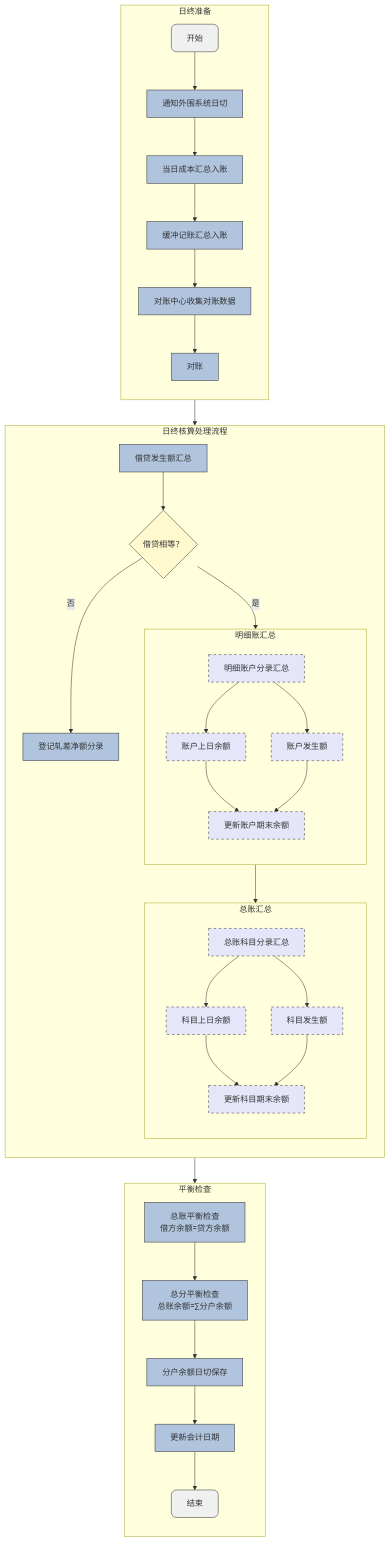
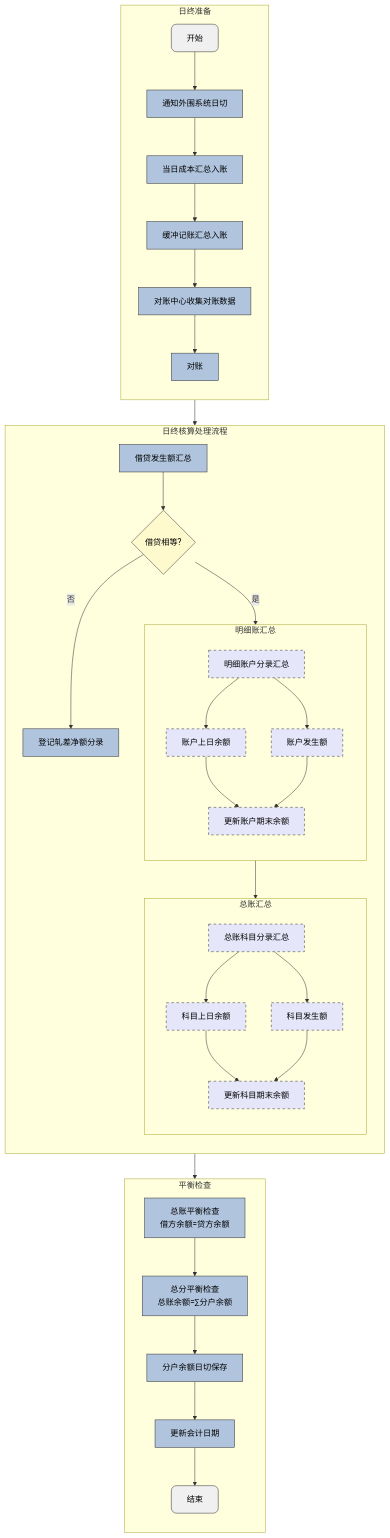
The diagram in docs/design/flowchart/end_of_day_process.mmd (KayCheung/accounting), drawn with Mermaid before and after one commit. The commit also changed 8 other files, not shown here.

```diff
--- a/docs/design/flowchart/end_of_day_process.mmd
+++ b/docs/design/flowchart/end_of_day_process.mmd
@@ -1,83 +1,83 @@
 %% 日终核算处理流程
 
 
 flowchart TB
     %% 样式定义
-    classDef startend fill:#f0f0f0,stroke:#333,stroke-width:1px,rx:10
-    classDef process fill:#b0c4de,stroke:#333,stroke-width:1px
-    classDef decision fill:#fffacd,stroke:#333,stroke-width:1px
-    classDef subproc fill:#e6e6fa,stroke:#333,stroke-width:1px,stroke-dasharray:5 5
+    classDef startend fill:#f0f0f0,stroke:#333,stroke-width:1px,rx:10,color:black
+    classDef process fill:#b0c4de,stroke:#333,stroke-width:1px,color:black
+    classDef decision fill:#fffacd,stroke:#333,stroke-width:1px,color:black
+    classDef subproc fill:#e6e6fa,stroke:#333,stroke-width:1px,stroke-dasharray:5 5,color:black
 
     %% 日终准备
     subgraph 日终准备
         direction TB
         START[开始]:::startend
         NOTIFY[通知外围系统日切]:::process
         COST_ENTRY[当日成本汇总入账]:::process
         BUFFER_ENTRY[缓冲记账汇总入账]:::process
         RECON_DATA[对账中心收集对账数据]:::process
         RECON[对账]:::process
     end
 
     %% 日终核算处理流程
     subgraph 日终核算处理流程
         direction TB
         DR_CR_SUM[借贷发生额汇总]:::process
-        DECISION_DR_CR{借贷相等？}:::decision
+        DECISION_DR_CR{借贷相等?}:::decision
         ADJ_ENTRY[登记轧差净额分录]:::process
         
         subgraph 明细账汇总
             direction TB
             DETAIL_ENTRY_SUM[明细账户分录汇总]:::subproc
             DETAIL_PREV_BAL[账户上日余额]:::subproc
             DETAIL_CURR_AMT[账户发生额]:::subproc
             DETAIL_UPDATE[更新账户期末余额]:::subproc
         end
         
         subgraph 总账汇总
             direction TB
             GL_ENTRY_SUM[总账科目分录汇总]:::subproc
             GL_PREV_BAL[科目上日余额]:::subproc
             GL_CURR_AMT[科目发生额]:::subproc
             GL_UPDATE[更新科目期末余额]:::subproc
         end
     end
 
     %% 平衡检查
     subgraph 平衡检查
         direction TB
         GL_BAL_CHECK[总账平衡检查<br/>借方余额=贷方余额]:::process
         DETAIL_GL_BAL_CHECK[总分平衡检查<br/>总账余额=∑分户余额]:::process
         SUB_BAL_SAVE[分户余额日切保存]:::process
         UPDATE_ACCT_DATE[更新会计日期]:::process
         END[结束]:::startend
     end
 
     %% 流程连线
     START --> NOTIFY
     NOTIFY --> COST_ENTRY
     COST_ENTRY --> BUFFER_ENTRY
     BUFFER_ENTRY --> RECON_DATA
     RECON_DATA --> RECON
     RECON --> DR_CR_SUM
 
     DR_CR_SUM --> DECISION_DR_CR
     DECISION_DR_CR -->|否| ADJ_ENTRY
     DECISION_DR_CR -->|是| DETAIL_ENTRY_SUM
 
     DETAIL_ENTRY_SUM --> DETAIL_PREV_BAL
     DETAIL_ENTRY_SUM --> DETAIL_CURR_AMT
     DETAIL_PREV_BAL --> DETAIL_UPDATE
     DETAIL_CURR_AMT --> DETAIL_UPDATE
 
     DETAIL_UPDATE --> GL_ENTRY_SUM
     GL_ENTRY_SUM --> GL_PREV_BAL
     GL_ENTRY_SUM --> GL_CURR_AMT
     GL_PREV_BAL --> GL_UPDATE
     GL_CURR_AMT --> GL_UPDATE
 
     GL_UPDATE --> GL_BAL_CHECK
     GL_BAL_CHECK --> DETAIL_GL_BAL_CHECK
     DETAIL_GL_BAL_CHECK --> SUB_BAL_SAVE
     SUB_BAL_SAVE --> UPDATE_ACCT_DATE
     UPDATE_ACCT_DATE --> END
```
